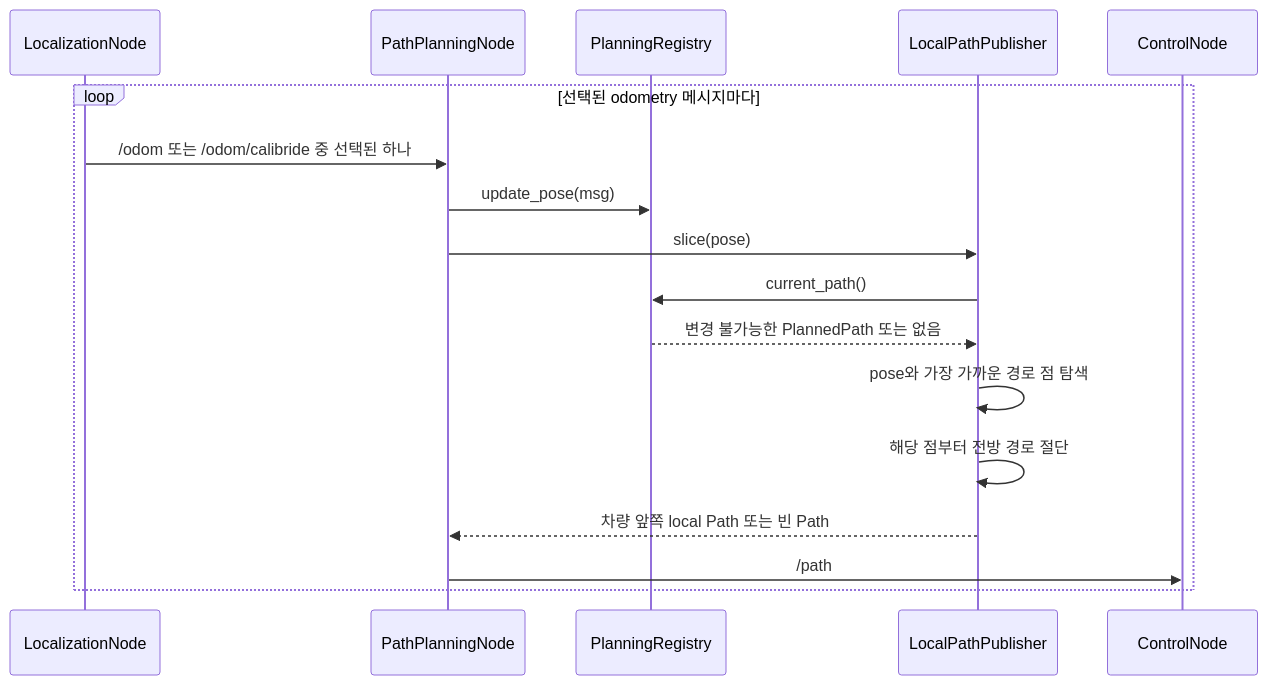
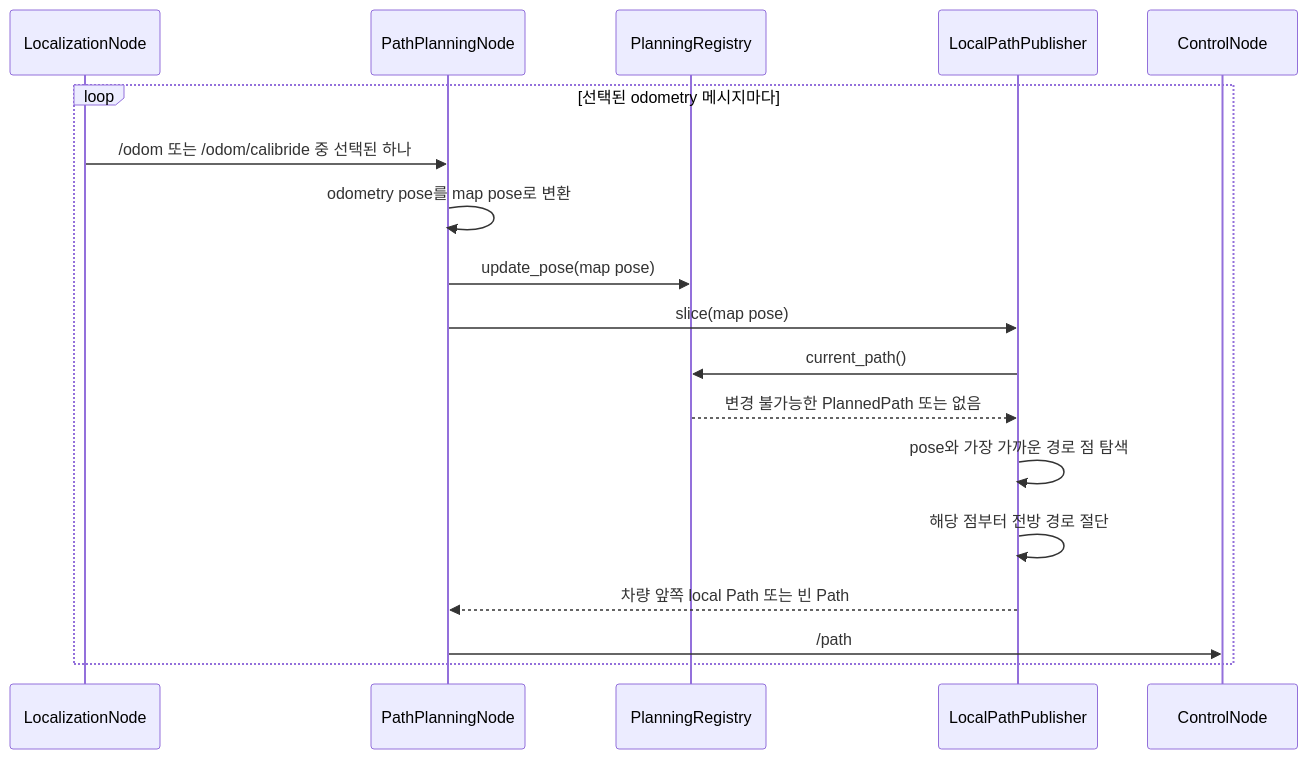
The third of 3 diagrams in src/path_planning/README.md (Team-Stier/AMET2026_coex_stier), drawn with Mermaid before and after one commit. The commit also changed other lines of this file and 83 other files, not shown here.

````diff
--- a/src/path_planning/README.md
+++ b/src/path_planning/README.md
@@ -348,20 +353,21 @@
 ```mermaid
 sequenceDiagram
     participant LOC as LocalizationNode
     participant N as PathPlanningNode
     participant REG as PlanningRegistry
     participant LP as LocalPathPublisher
     participant CTRL as ControlNode
 
     loop 선택된 odometry 메시지마다
         LOC->>N: /odom 또는 /odom/calibride 중 선택된 하나
-        N->>REG: update_pose(msg)
-        N->>LP: slice(pose)
+        N->>N: odometry pose를 map pose로 변환
+        N->>REG: update_pose(map pose)
+        N->>LP: slice(map pose)
         LP->>REG: current_path()
         REG-->>LP: 변경 불가능한 PlannedPath 또는 없음
         LP->>LP: pose와 가장 가까운 경로 점 탐색
         LP->>LP: 해당 점부터 전방 경로 절단
         LP-->>N: 차량 앞쪽 local Path 또는 빈 Path
         N->>CTRL: /path
     end
 ```
````
